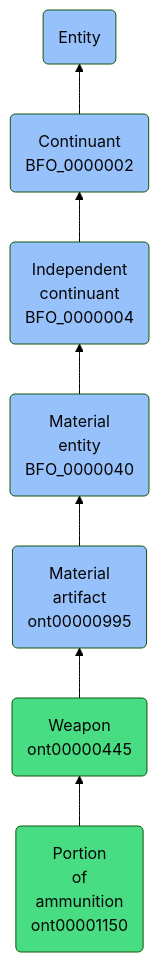
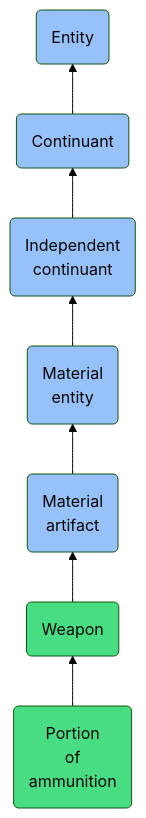
Before and after one commit to jupyter-naas/abi: the diagram in docs/ontology/reference/model/Entity/Continuant/Independent continuant/Material entity/Material artifact/Weapon/Portion of ammunition/Portion of ammunition.md, drawn with Mermaid (forest theme). The commit also changed other lines of this file and 1430 other files, not shown here.

````diff
--- a/docs/ontology/reference/model/Entity/Continuant/Independent continuant/Material entity/Material artifact/Weapon/Portion of ammunition/Portion of ammunition.md
+++ b/docs/ontology/reference/model/Entity/Continuant/Independent continuant/Material entity/Material artifact/Weapon/Portion of ammunition/Portion of ammunition.md
@@ -24,14 +24,14 @@
 ```mermaid
 graph BT
-    ont00001150(Portion<br>of<br>ammunition<br>ont00001150):::ABI-->ont00000445
-    ont00000445(Weapon<br>ont00000445):::ABI-->ont00000995
-    ont00000995(Material<br>artifact<br>ont00000995):::BFO-->BFO_0000040
-    BFO_0000040(Material<br>entity<br>BFO_0000040):::BFO-->BFO_0000004
-    BFO_0000004(Independent<br>continuant<br>BFO_0000004):::BFO-->BFO_0000002
-    BFO_0000002(Continuant<br>BFO_0000002):::BFO-->BFO_0000001
+    ont00001150(Portion<br>of<br>ammunition):::ABI-->ont00000445
+    ont00000445(Weapon):::ABI-->ont00000995
+    ont00000995(Material<br>artifact):::BFO-->BFO_0000040
+    BFO_0000040(Material<br>entity):::BFO-->BFO_0000004
+    BFO_0000004(Independent<br>continuant):::BFO-->BFO_0000002
+    BFO_0000002(Continuant):::BFO-->BFO_0000001
     BFO_0000001(Entity):::BFO
     
     classDef BFO fill:#97c1fb,color:#060606
     classDef CCO fill:#e4c51e,color:#060606
     classDef ABI fill:#48DD82,color:#060606
 ```
````
